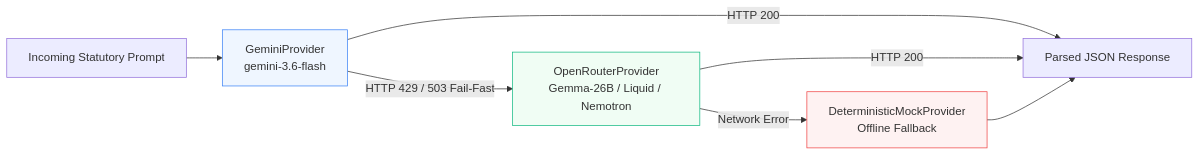
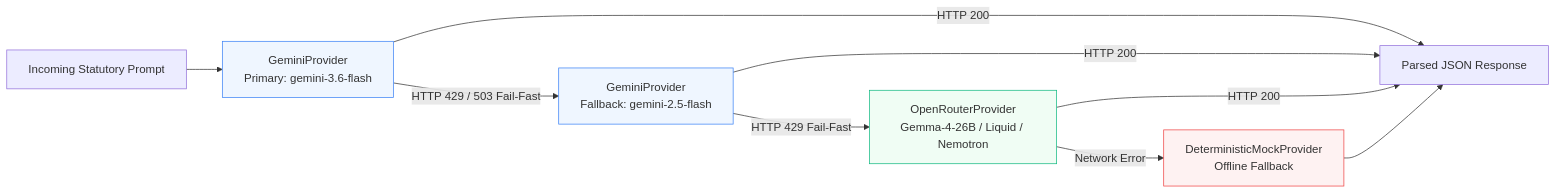
Before and after one commit to esannihith/tax-chrono-rag: the second of 2 diagrams in README.md, drawn with Mermaid. The commit also changed other lines of this file and 13 other files, not shown here.

Commit message:
fix(provenance): calibrate hidden suite recall, dynamic chart generation, strict subrule hierarchy, and date parser precision

````diff
--- a/README.md
+++ b/README.md
@@ -125,13 +125,16 @@
 ```mermaid
 flowchart LR
-    A[Incoming Statutory Prompt] --> B[GeminiProvider<br/>gemini-3.6-flash]
+    A[Incoming Statutory Prompt] --> B[GeminiProvider<br/>Primary: gemini-3.6-flash]
     B -->|HTTP 200| C[Parsed JSON Response]
-    B -->|HTTP 429 / 503 Fail-Fast| D[OpenRouterProvider<br/>Gemma-26B / Liquid / Nemotron]
+    B -->|HTTP 429 / 503 Fail-Fast| D[GeminiProvider<br/>Fallback: gemini-2.5-flash]
     D -->|HTTP 200| C
-    D -->|Network Error| E[DeterministicMockProvider<br/>Offline Fallback]
-    E --> C
+    D -->|HTTP 429 Fail-Fast| E[OpenRouterProvider<br/>Gemma-4-26B / Liquid / Nemotron]
+    E -->|HTTP 200| C
+    E -->|Network Error| F[DeterministicMockProvider<br/>Offline Fallback]
+    F --> C
 
     style B fill:#EFF6FF,stroke:#3B82F6
-    style D fill:#F0FDF4,stroke:#10B981
-    style E fill:#FEF2F2,stroke:#EF4444
+    style D fill:#EFF6FF,stroke:#3B82F6
+    style E fill:#F0FDF4,stroke:#10B981
+    style F fill:#FEF2F2,stroke:#EF4444
 ```
````
